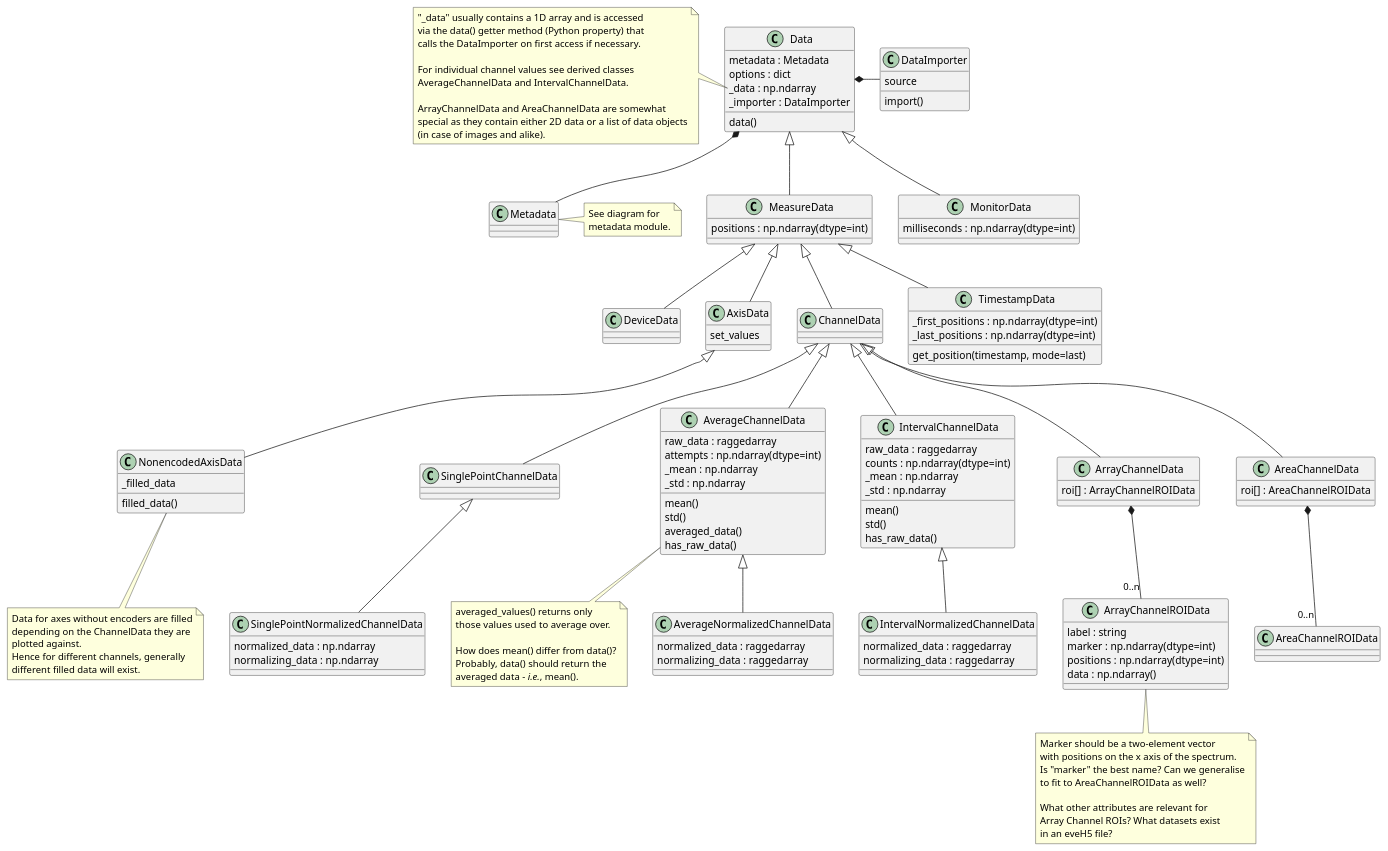
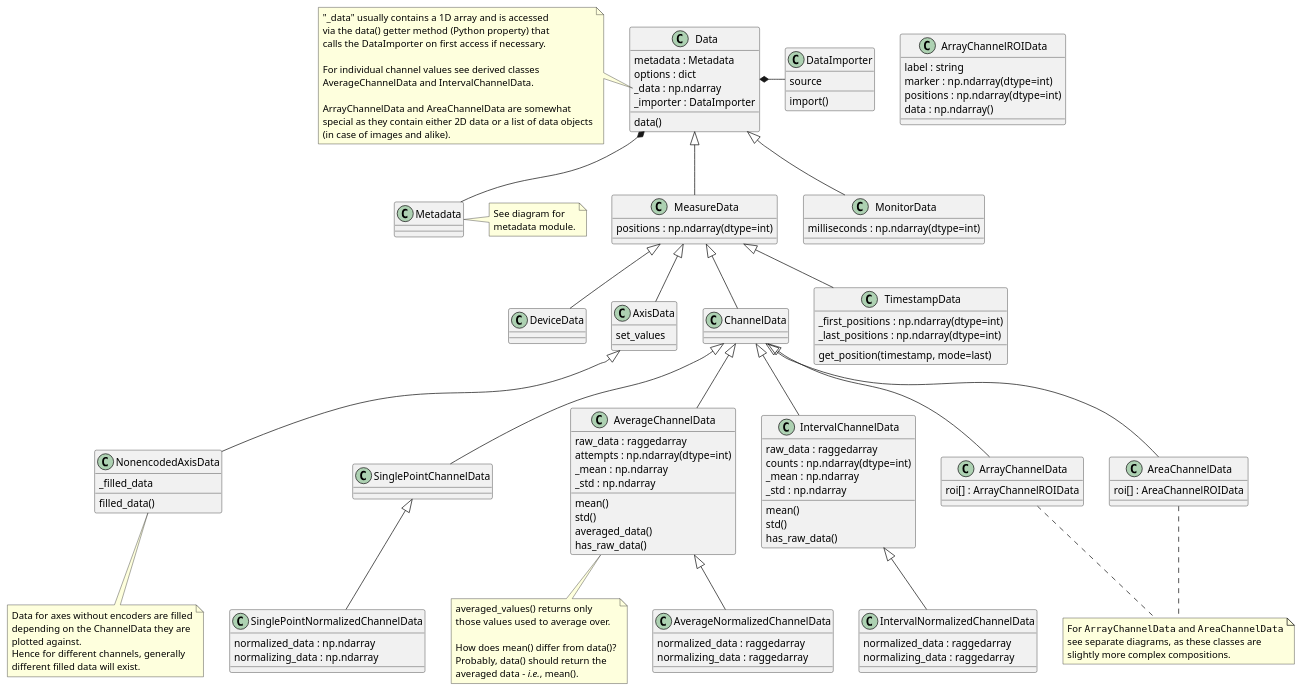
Before and after one commit to tillbiskup/evedata: the diagram in docs/uml/evedata.evefile.data.puml, drawn with PlantUML. The commit also changed 3 other files, not shown here.

Commit message:
Cleanup architecture description for evefile subpackage.

```diff
--- a/docs/uml/evedata.evefile.data.puml
+++ b/docs/uml/evedata.evefile.data.puml
@@ -1,150 +1,142 @@
 @startuml
 'skinparam dpi 150
 
 class Data {
     metadata : Metadata
     options : dict
     _data : np.ndarray
     _importer : DataImporter
     data()
 }
 note left of Data::_data
     "_data" usually contains a 1D array and is accessed
     via the data() getter method (Python property) that
     calls the DataImporter on first access if necessary.
 
     For individual channel values see derived classes
     AverageChannelData and IntervalChannelData.
 
     ArrayChannelData and AreaChannelData are somewhat
     special as they contain either 2D data or a list of data objects
     (in case of images and alike).
 end note
 
 class DataImporter {
     source
     import()
 }
 
 class Metadata {
 }
 note right: See diagram for\nmetadata module.
 
 Data *- DataImporter
 Data *-- Metadata
 
 class MeasureData extends Data {
     {field} positions : np.ndarray(dtype=int)
 }
 
 class MonitorData extends Data {
     {field} milliseconds : np.ndarray(dtype=int)
 }
 
 class DeviceData extends MeasureData
 
 class AxisData extends MeasureData {
     set_values
 }
 
 class NonencodedAxisData extends AxisData {
     _filled_data
     filled_data()
 }
 note bottom of NonencodedAxisData
     Data for axes without encoders are filled
     depending on the ChannelData they are
     plotted against.
     Hence for different channels, generally
     different filled data will exist.
 endnote
 
 class ChannelData extends MeasureData {
 }
 
 class TimestampData extends MeasureData {
     {field} _first_positions : np.ndarray(dtype=int)
     {field} _last_positions : np.ndarray(dtype=int)
     get_position(timestamp, mode=last)
 }
 
 class SinglePointChannelData extends ChannelData {}
 
 class SinglePointNormalizedChannelData extends SinglePointChannelData {
     normalized_data : np.ndarray
     normalizing_data : np.ndarray
 }
 
 class AverageChannelData extends ChannelData {
     raw_data : raggedarray
     {field} attempts : np.ndarray(dtype=int)
     _mean : np.ndarray
     _std : np.ndarray
     mean()
     std()
     averaged_data()
     has_raw_data()
 }
 note bottom of AverageChannelData
     averaged_values() returns only
     those values used to average over.
 
     How does mean() differ from data()?
     Probably, data() should return the
     averaged data - <i>i.e.</i>, mean().
 end note
 
 class AverageNormalizedChannelData extends AverageChannelData {
     normalized_data : raggedarray
     normalizing_data : raggedarray
 }
 
 
 class IntervalChannelData extends ChannelData {
     raw_data : raggedarray
     {field} counts : np.ndarray(dtype=int)
     _mean : np.ndarray
     _std : np.ndarray
     mean()
     std()
     has_raw_data()
 }
 
 class IntervalNormalizedChannelData extends IntervalChannelData {
     normalized_data : raggedarray
     normalizing_data : raggedarray
 }
 
 class ArrayChannelData extends ChannelData {
     roi[] : ArrayChannelROIData
 }
 
-ArrayChannelData *-- "0..n" ArrayChannelROIData
-
 class ArrayChannelROIData {
     {field} label : string
     {field} marker : np.ndarray(dtype=int)
     {field} positions : np.ndarray(dtype=int)
     {field} data : np.ndarray()
 }
-note bottom of ArrayChannelROIData
-    Marker should be a two-element vector
-    with positions on the x axis of the spectrum.
-    Is "marker" the best name? Can we generalise
-    to fit to AreaChannelROIData as well?
-
-    What other attributes are relevant for
-    Array Channel ROIs? What datasets exist
-    in an eveH5 file?
-endnote
 
 class AreaChannelData extends ChannelData {
     roi[] : AreaChannelROIData
 }
 
-AreaChannelData *-- "0..n" AreaChannelROIData
+note as array_area_channels_note
+    For ""ArrayChannelData"" and ""AreaChannelData""
+    see separate diagrams, as these classes are
+    slightly more complex compositions.
+end note
 
-class AreaChannelROIData {
-}
+AreaChannelData .. array_area_channels_note
+ArrayChannelData .. array_area_channels_note
 
 @enduml
```
